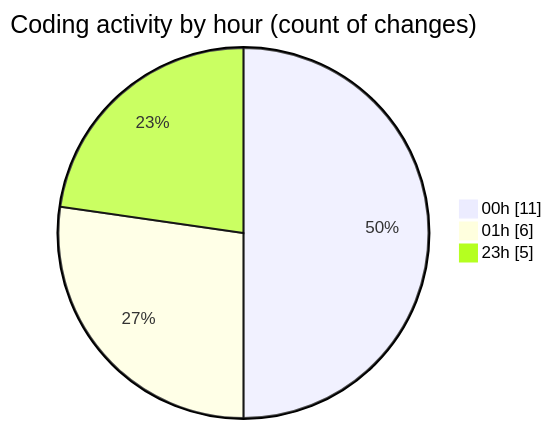
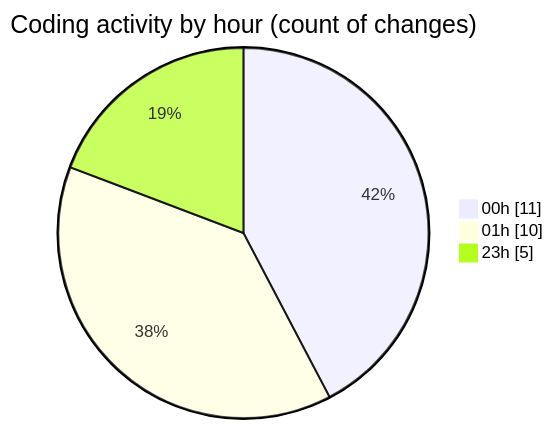
One commit to Elitesun/code-tracking changed the second of 2 diagrams in 2025-02-21/projet/README.md. Above: the diagram before and after it, drawn with Mermaid. The commit also changed other lines of this file and 1 other file, not shown here.

````diff
--- a/2025-02-21/projet/README.md
+++ b/2025-02-21/projet/README.md
@@ -32,7 +34,7 @@
 ```mermaid
 pie showData
 title Coding activity by hour (count of changes)
 "00h" : 11
-"01h" : 6
+"01h" : 10
 "23h" : 5
 ```
````
